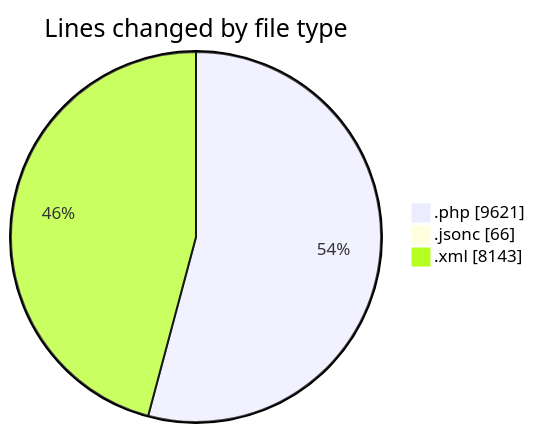
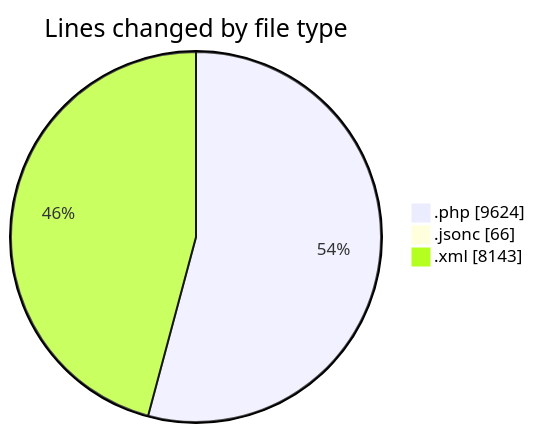
Before and after one commit to vahidmafi/code-tracking: the first of 2 diagrams in 2025-09-06/shop/README.md, drawn with Mermaid. The commit also changed other lines of this file and 1 other file, not shown here.

````diff
--- a/2025-09-06/shop/README.md
+++ b/2025-09-06/shop/README.md
@@ -30,7 +30,7 @@
 ```mermaid
 pie showData
 title Lines changed by file type
-".php" : 9621
+".php" : 9624
 ".jsonc" : 66
 ".xml" : 8143
 ```
````
